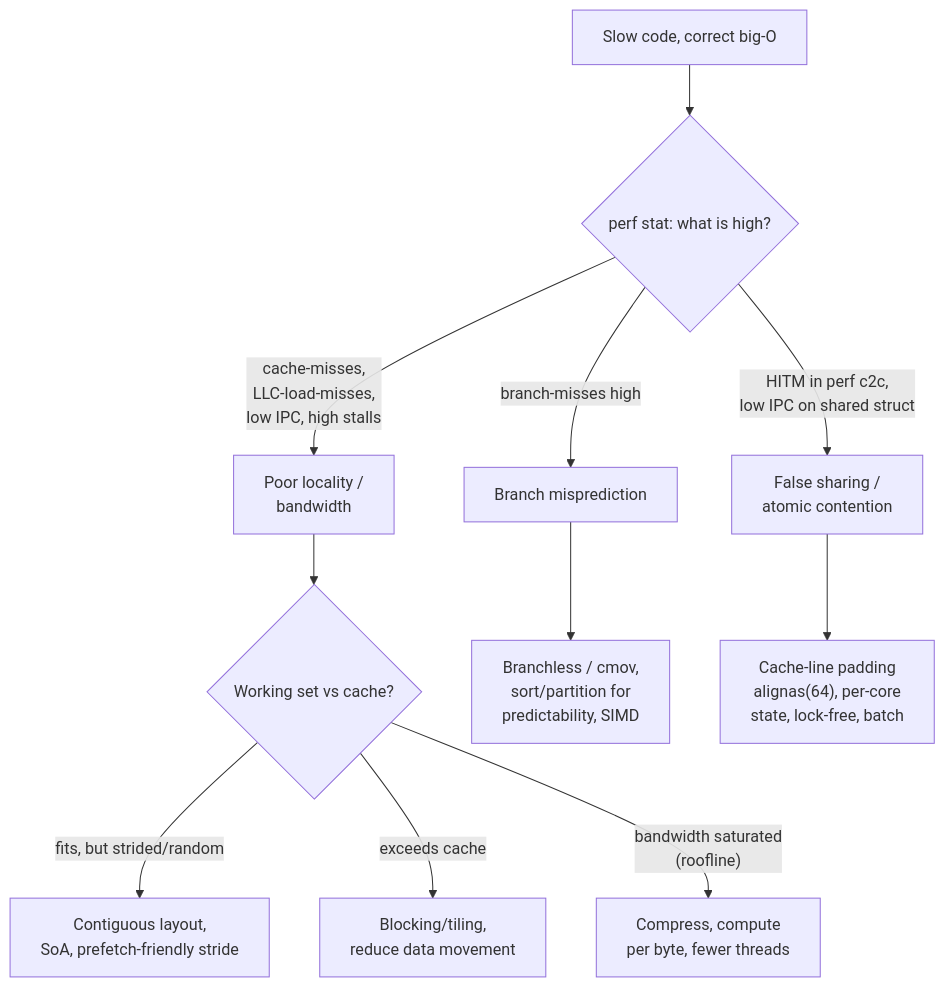
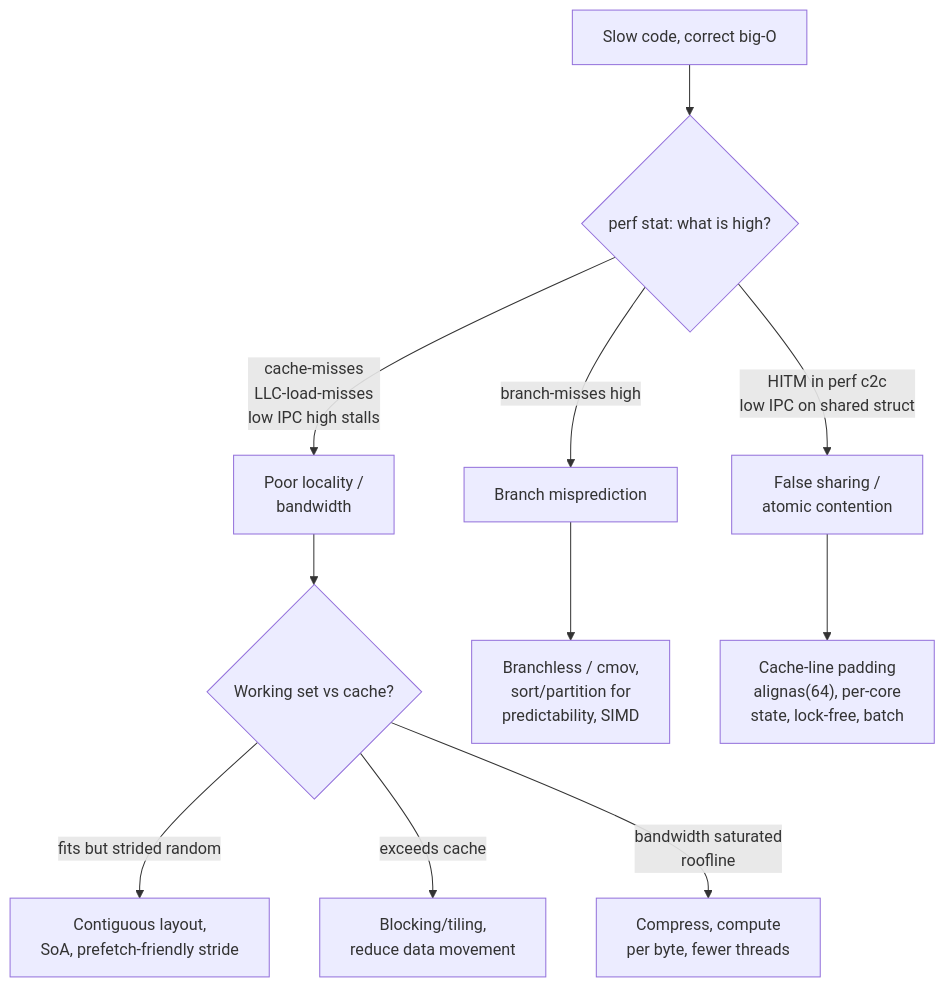
One commit to bumbsclaw/textbooks changed the first of 7 diagrams in vol-01-computer-architecture/ch08-performance-antipatterns.md. Above: the diagram before and after it, drawn with Mermaid. The commit also changed 173 other files, not shown here.

First line of the commit message:
fix(mermaid): close note brackets, semicolons in Notes, stateDiagram br -> dash, edge parens

````diff
--- a/vol-01-computer-architecture/ch08-performance-antipatterns.md
+++ b/vol-01-computer-architecture/ch08-performance-antipatterns.md
@@ -63,13 +63,13 @@
 ```mermaid
 flowchart TD
     A["Slow code, correct big-O"] --> B{"perf stat: what is high?"}
-    B -->|"cache-misses,<br/>LLC-load-misses,<br/>low IPC, high stalls"| C["Poor locality /<br/>bandwidth"]
+    B -->|"cache-misses <br >LLC-load-misses <br >low IPC high stalls"| C["Poor locality /<br/>bandwidth"]
     B -->|"branch-misses high"| D["Branch misprediction"]
-    B -->|"HITM in perf c2c,<br/>low IPC on shared struct"| E["False sharing /<br/>atomic contention"]
+    B -->|"HITM in perf c2c <br >low IPC on shared struct"| E["False sharing /<br/>atomic contention"]
     C --> C1{"Working set vs cache?"}
-    C1 -->|"fits, but strided/random"| C2["Contiguous layout,<br/>SoA, prefetch-friendly stride"]
+    C1 -->|"fits but strided random"| C2["Contiguous layout,<br/>SoA, prefetch-friendly stride"]
     C1 -->|"exceeds cache"| C3["Blocking/tiling,<br/>reduce data movement"]
-    C1 -->|"bandwidth saturated<br/>(roofline)"| C4["Compress, compute<br/>per byte, fewer threads"]
+    C1 -->|"bandwidth saturated<br > roofline "| C4["Compress, compute<br/>per byte, fewer threads"]
     D --> D1["Branchless / cmov,<br/>sort/partition for<br/>predictability, SIMD"]
     E --> E1["Cache-line padding<br/>alignas(64), per-core<br/>state, lock-free, batch"]
 ```
````
